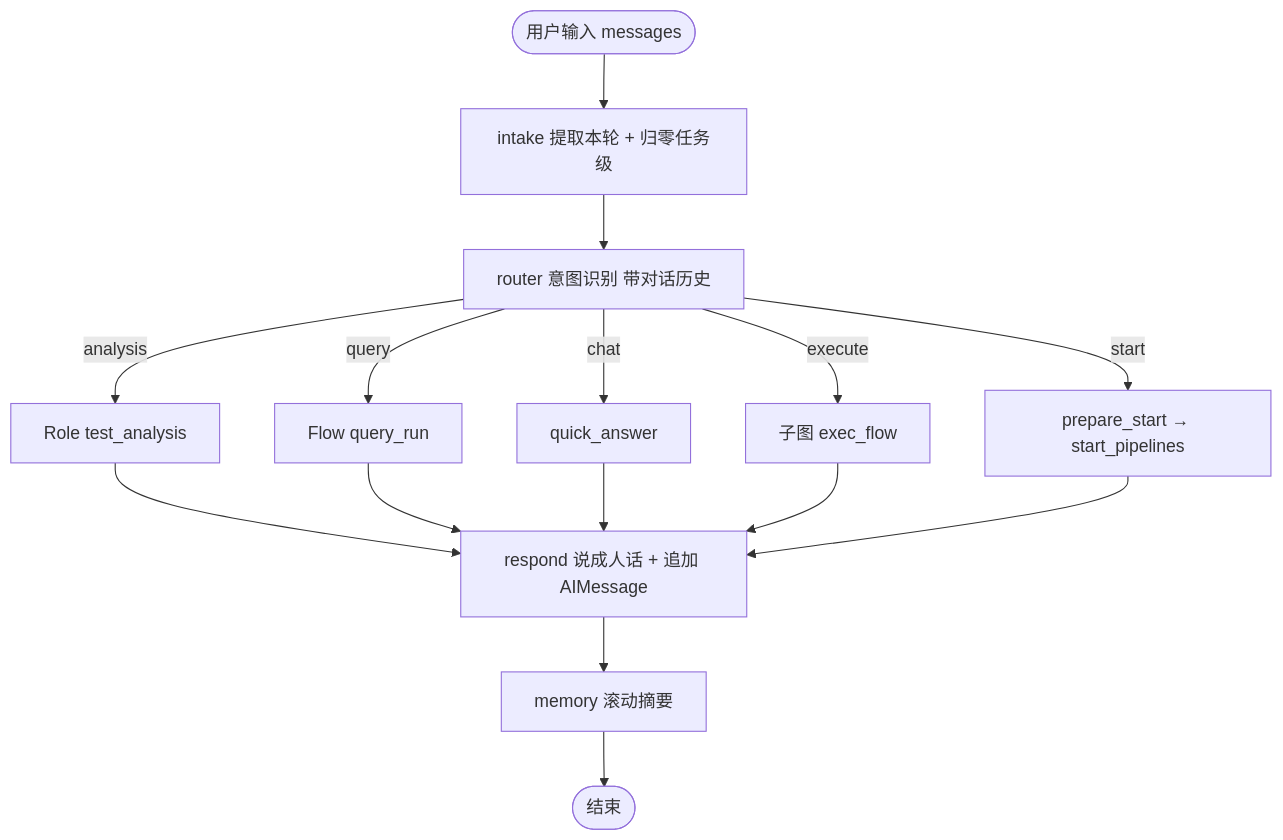
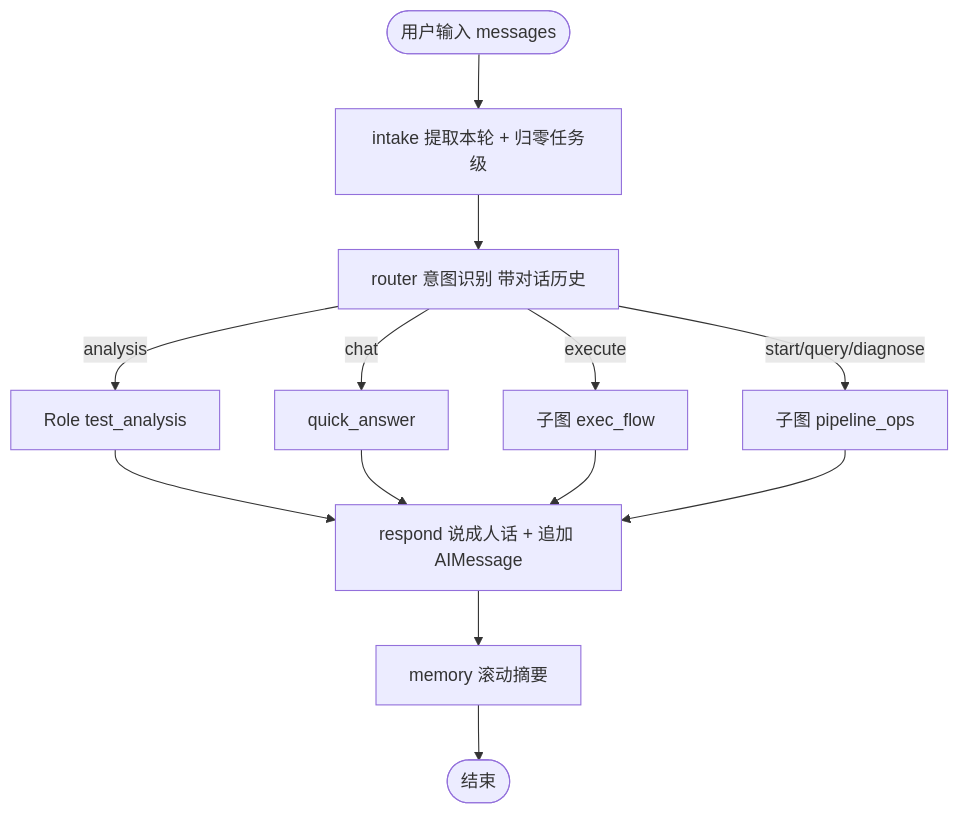
The second of 5 diagrams in docs/architecture.md (LuukkaToT/work_agent), drawn with Mermaid before and after one commit. The commit also changed other lines of this file and 24 other files, not shown here.

````diff
--- a/docs/architecture.md
+++ b/docs/architecture.md
@@ -111,19 +111,17 @@
 ```mermaid
 flowchart TD
   Start(["用户输入 messages"]) --> Intake["intake 提取本轮 + 归零任务级"]
   Intake --> Router["router 意图识别 带对话历史"]
   Router -->|"analysis"| Analysis["Role test_analysis"]
   Router -->|"execute"| ExecFlow["子图 exec_flow"]
-  Router -->|"start"| PrepareStart["prepare_start → start_pipelines"]
-  Router -->|"query"| QueryRun["Flow query_run"]
+  Router -->|"start/query/diagnose"| PipelineOps["子图 pipeline_ops"]
   Router -->|"chat"| QuickAnswer["quick_answer"]
 
   Analysis --> Respond
-  QueryRun --> Respond
   QuickAnswer --> Respond
   ExecFlow --> Respond
-  PrepareStart --> Respond
+  PipelineOps --> Respond
 
   Respond["respond 说成人话 + 追加 AIMessage"] --> Memory["memory 滚动摘要"]
   Memory --> Finish(["结束"])
 ```
````
